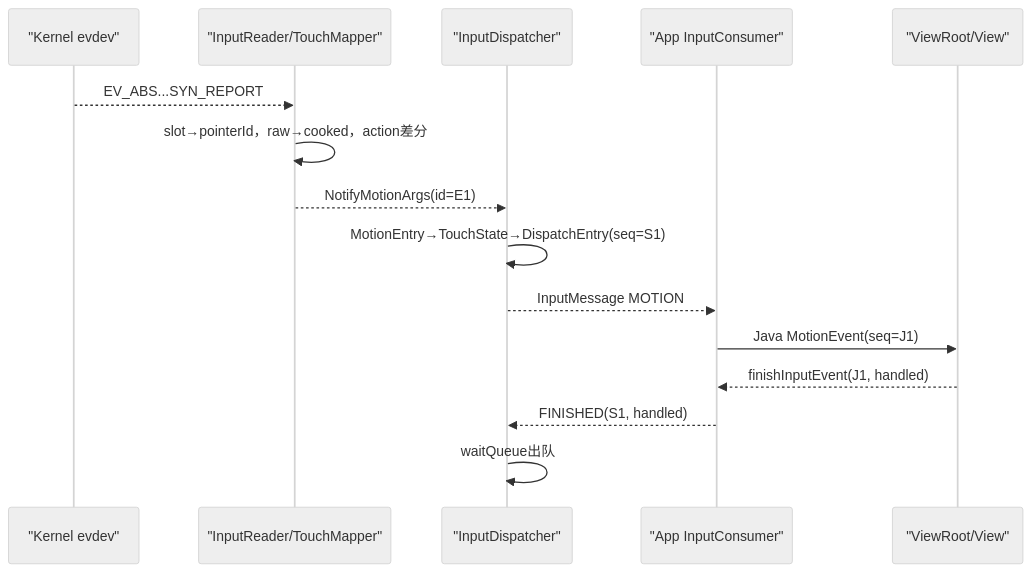
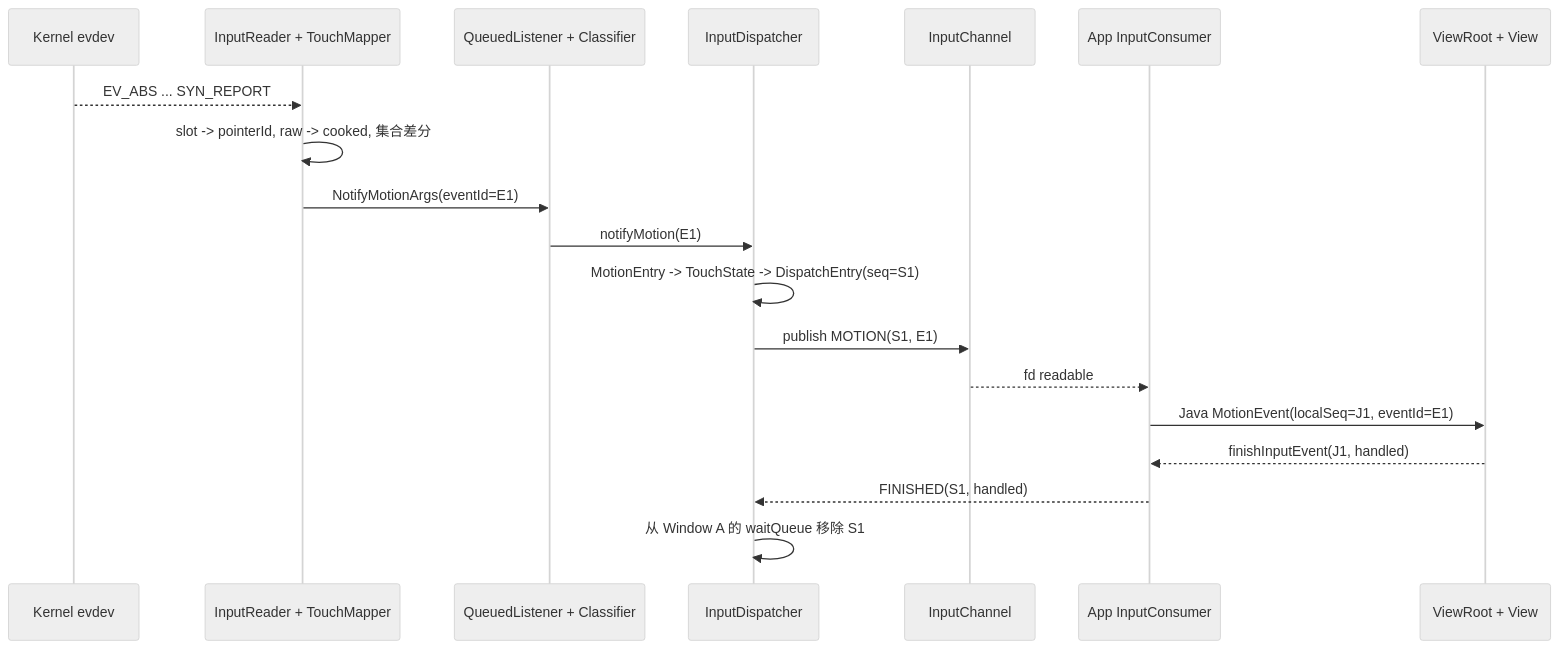
One commit to junyingzhao001/StudyNotes changed the diagram in Android源码学习/195-Android完整触摸事件源码实战追踪.md. Above: the diagram before and after it, drawn with Mermaid (neutral theme). The commit also changed other lines of this file and 116 other files, not shown here.

````diff
--- a/Android源码学习/195-Android完整触摸事件源码实战追踪.md
+++ b/Android源码学习/195-Android完整触摸事件源码实战追踪.md
@@ -25,17 +50,22 @@
 ```mermaid
 sequenceDiagram
-  participant K as "Kernel evdev"
-  participant R as "InputReader/TouchMapper"
-  participant D as "InputDispatcher"
-  participant C as "App InputConsumer"
-  participant V as "ViewRoot/View"
-  K-->>R: EV_ABS...SYN_REPORT
-  R->>R: slot→pointerId，raw→cooked，action差分
-  R-->>D: NotifyMotionArgs(id=E1)
-  D->>D: MotionEntry→TouchState→DispatchEntry(seq=S1)
-  D-->>C: InputMessage MOTION
-  C->>V: Java MotionEvent(seq=J1)
+  participant K as Kernel evdev
+  participant R as InputReader + TouchMapper
+  participant Q as QueuedListener + Classifier
+  participant D as InputDispatcher
+  participant T as InputChannel
+  participant C as App InputConsumer
+  participant V as ViewRoot + View
+
+  K-->>R: EV_ABS ... SYN_REPORT
+  R->>R: slot -> pointerId, raw -> cooked, 集合差分
+  R->>Q: NotifyMotionArgs(eventId=E1)
+  Q->>D: notifyMotion(E1)
+  D->>D: MotionEntry -> TouchState -> DispatchEntry(seq=S1)
+  D->>T: publish MOTION(S1, E1)
+  T-->>C: fd readable
+  C->>V: Java MotionEvent(localSeq=J1, eventId=E1)
   V-->>C: finishInputEvent(J1, handled)
   C-->>D: FINISHED(S1, handled)
-  D->>D: waitQueue出队
+  D->>D: 从 Window A 的 waitQueue 移除 S1
 ```
````
